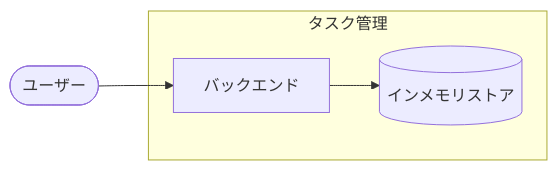
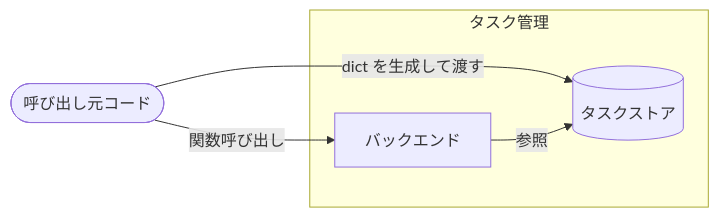
One commit to shuhei1101/ai-monitor-e2e changed the diagram in docs/wiki/設計図/アーキテクチャ図.md. Above: the diagram before and after it, drawn with Mermaid. The commit also changed other lines of this file, not shown here.

Commit message:
docs: 現状のアーキテクチャ図を実装に合わせて点検・修正

````diff
--- a/docs/wiki/設計図/アーキテクチャ図.md
+++ b/docs/wiki/設計図/アーキテクチャ図.md
@@ -9,12 +9,13 @@
 ```mermaid
 flowchart LR
-  U([ユーザー])
+  CALLER([呼び出し元コード])
 
   subgraph SYS["タスク管理"]
     BE[バックエンド]
-    STORE[(インメモリストア)]
+    STORE[(タスクストア)]
   end
 
-  U --> BE
-  BE --> STORE
+  CALLER -->|関数呼び出し| BE
+  CALLER -->|dict を生成して渡す| STORE
+  BE -->|参照| STORE
 ```
````
